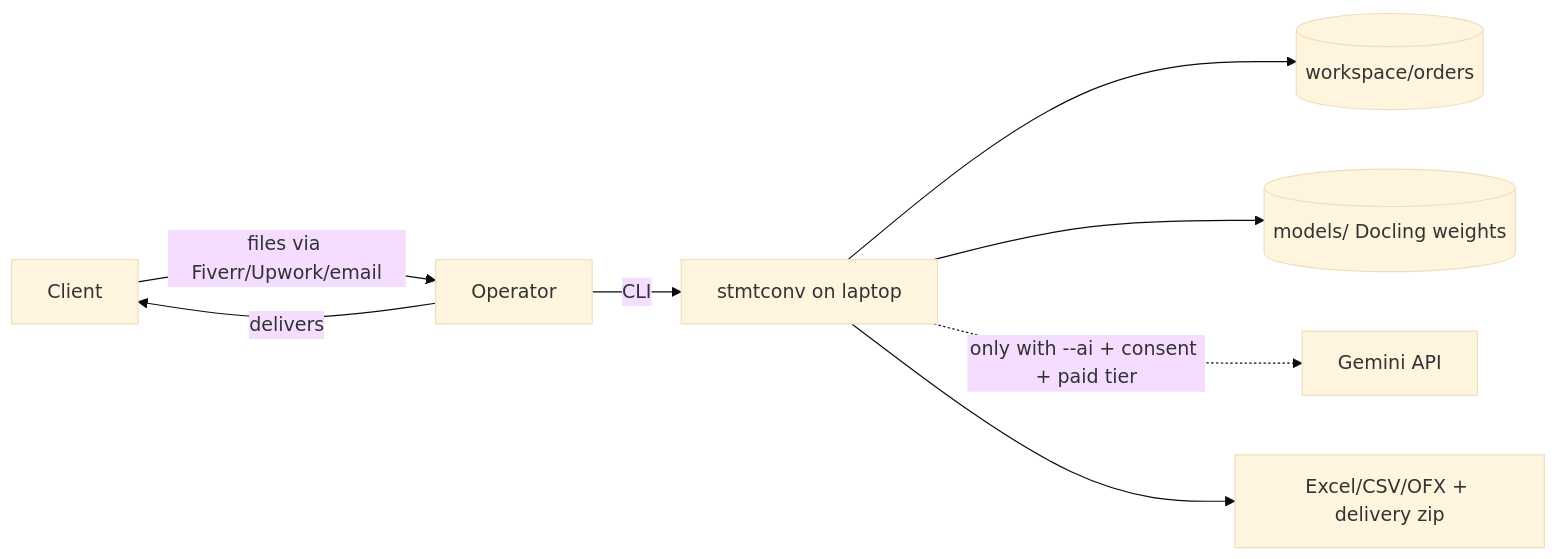
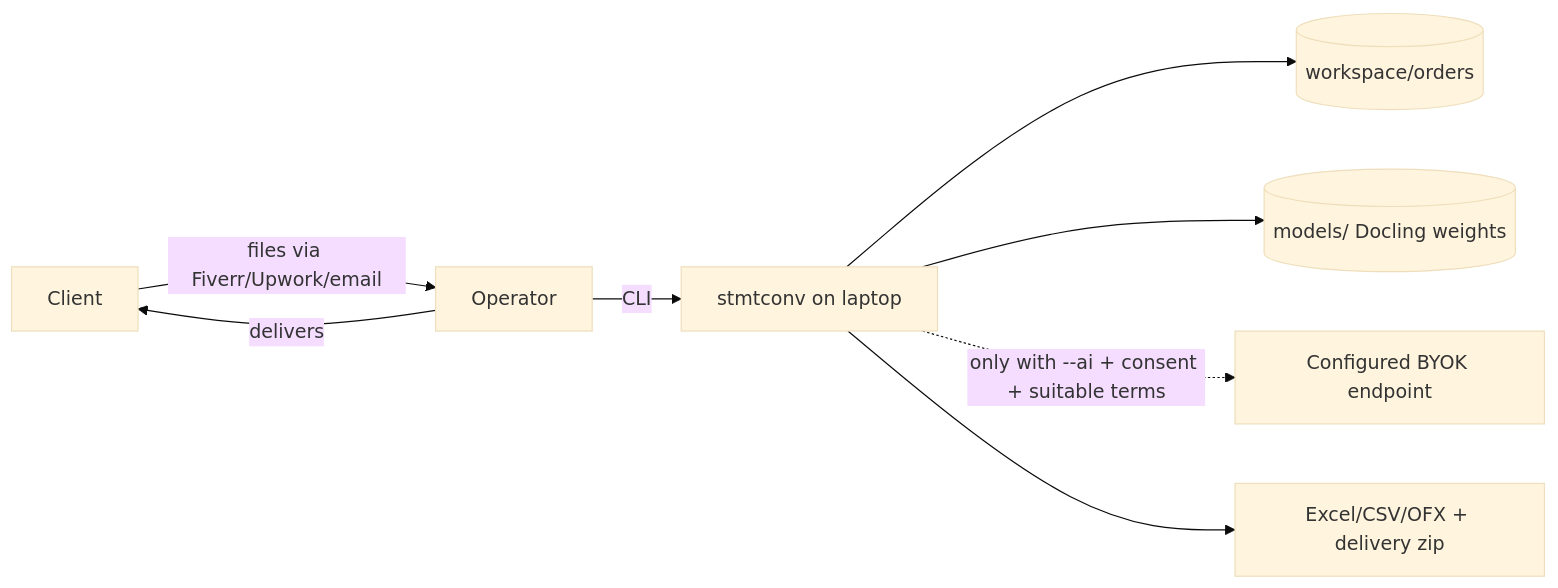
Before and after one commit to samidoomsday-star/dockling: the first of 2 diagrams in docs/TECH_ARCHITECTURE.md, drawn with Mermaid (base theme). The commit also changed other lines of this file and 20 other files, not shown here.

````diff
--- a/docs/TECH_ARCHITECTURE.md
+++ b/docs/TECH_ARCHITECTURE.md
@@ -7,10 +7,10 @@
 ```mermaid
 flowchart LR
   C[Client] -- files via Fiverr/Upwork/email --> O[Operator]
   O -- CLI --> S[stmtconv on laptop]
   S --> W[(workspace/orders)]
   S --> M[(models/ Docling weights)]
-  S -. only with --ai + consent + paid tier .-> G[Gemini API]
+  S -. only with --ai + consent + suitable terms .-> G[Configured BYOK endpoint]
   S --> X[Excel/CSV/OFX + delivery zip]
   O -- delivers --> C
 ```
````
